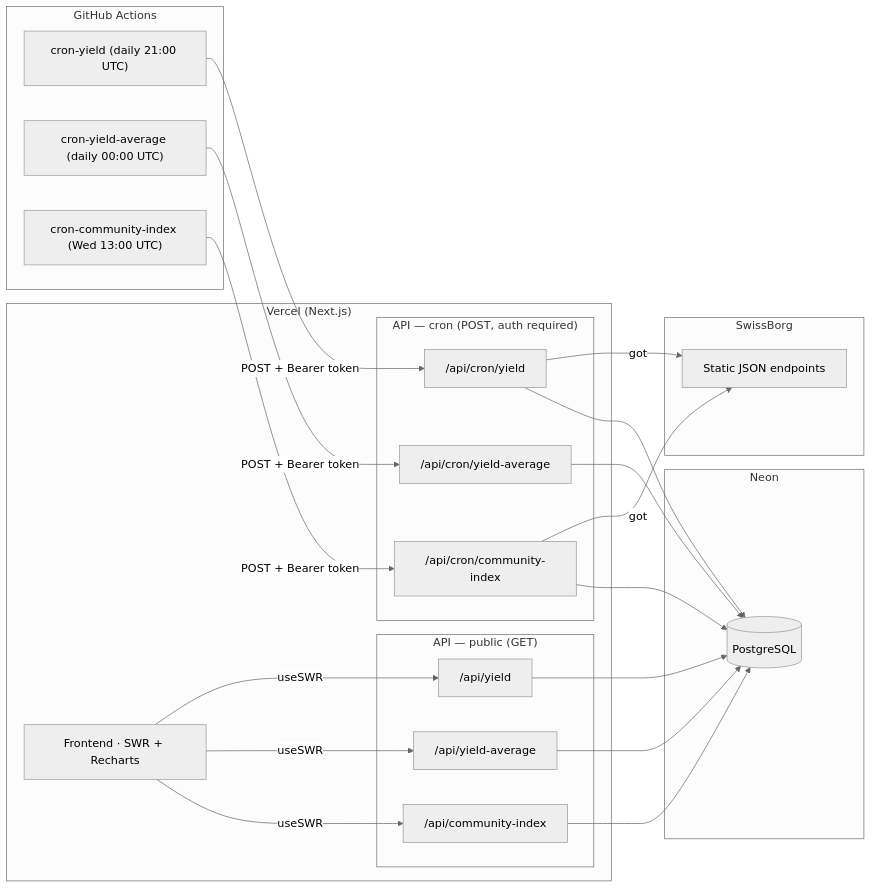
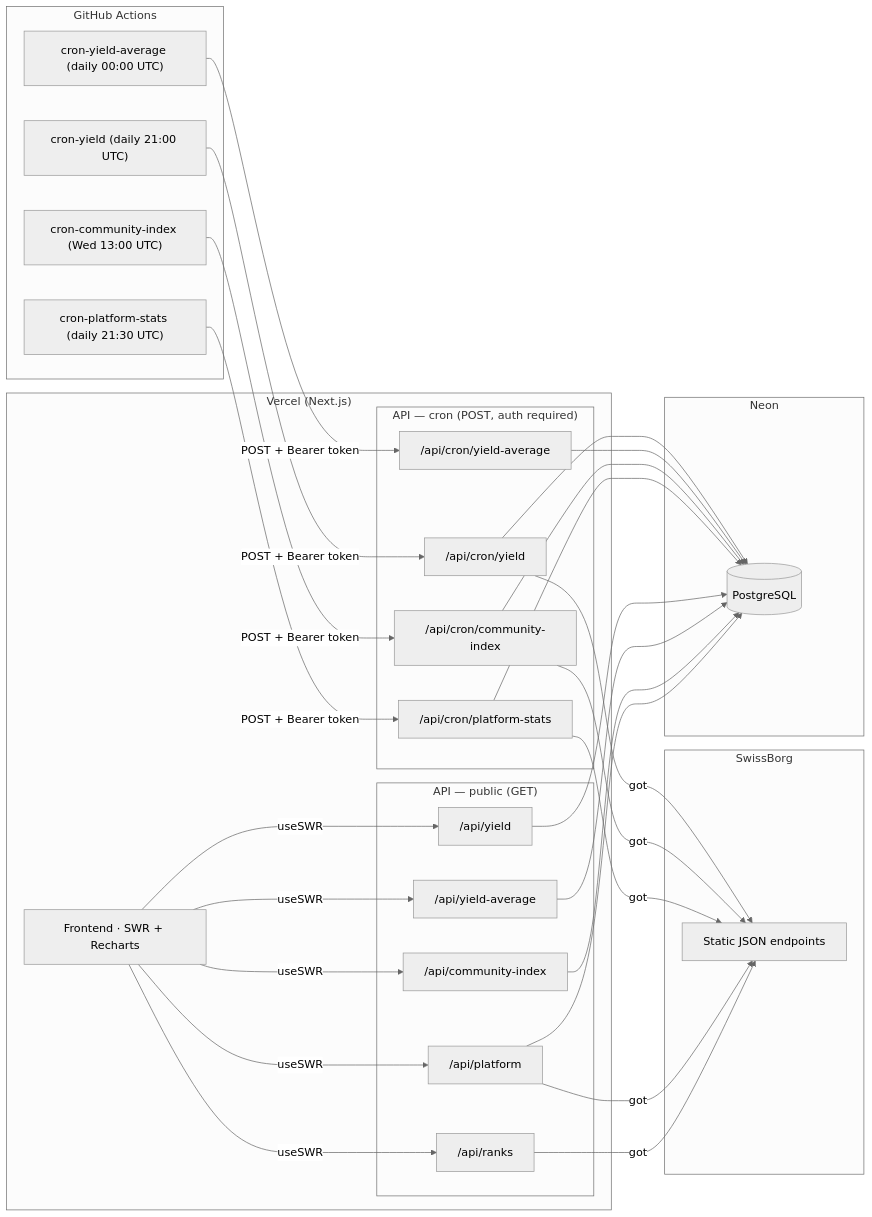
Before and after one commit to nyg/yield-borg: the first of 3 diagrams in docs/architecture.md, drawn with Mermaid (neutral theme). The commit also changed other lines of this file and 27 other files, not shown here.

Commit message:
feat: add a Platform page and read the ranks from SwissBorg (#220)

````diff
--- a/docs/architecture.md
+++ b/docs/architecture.md
@@ -7,49 +7,61 @@
 ```mermaid
 flowchart LR
     subgraph SwissBorg
         SB[Static JSON endpoints]
     end
 
     subgraph GHA [GitHub Actions]
         GA1["cron-yield (daily 21:00 UTC)"]
         GA2["cron-yield-average (daily 00:00 UTC)"]
         GA3["cron-community-index (Wed 13:00 UTC)"]
+        GA4["cron-platform-stats (daily 21:30 UTC)"]
     end
 
     subgraph Vercel ["Vercel (Next.js)"]
         subgraph Cron ["API — cron (POST, auth required)"]
             C1["/api/cron/yield"]
             C2["/api/cron/yield-average"]
             C3["/api/cron/community-index"]
+            C4["/api/cron/platform-stats"]
         end
         subgraph Public ["API — public (GET)"]
             P1["/api/yield"]
             P2["/api/yield-average"]
             P3["/api/community-index"]
+            P4["/api/platform"]
+            P5["/api/ranks"]
         end
         FE[Frontend · SWR + Recharts]
     end
 
     subgraph Neon
         DB[(PostgreSQL)]
     end
 
     GA1 -->|POST + Bearer token| C1
     GA2 -->|POST + Bearer token| C2
     GA3 -->|POST + Bearer token| C3
+    GA4 -->|POST + Bearer token| C4
 
     C1 -->|got| SB
     C3 -->|got| SB
+    C4 -->|got| SB
+    P4 -->|got| SB
+    P5 -->|got| SB
 
     C1 --> DB
     C2 --> DB
     C3 --> DB
+    C4 --> DB
 
     FE -->|useSWR| P1
     FE -->|useSWR| P2
     FE -->|useSWR| P3
+    FE -->|useSWR| P4
+    FE -->|useSWR| P5
 
     P1 --> DB
     P2 --> DB
     P3 --> DB
+    P4 --> DB
 ```
````
